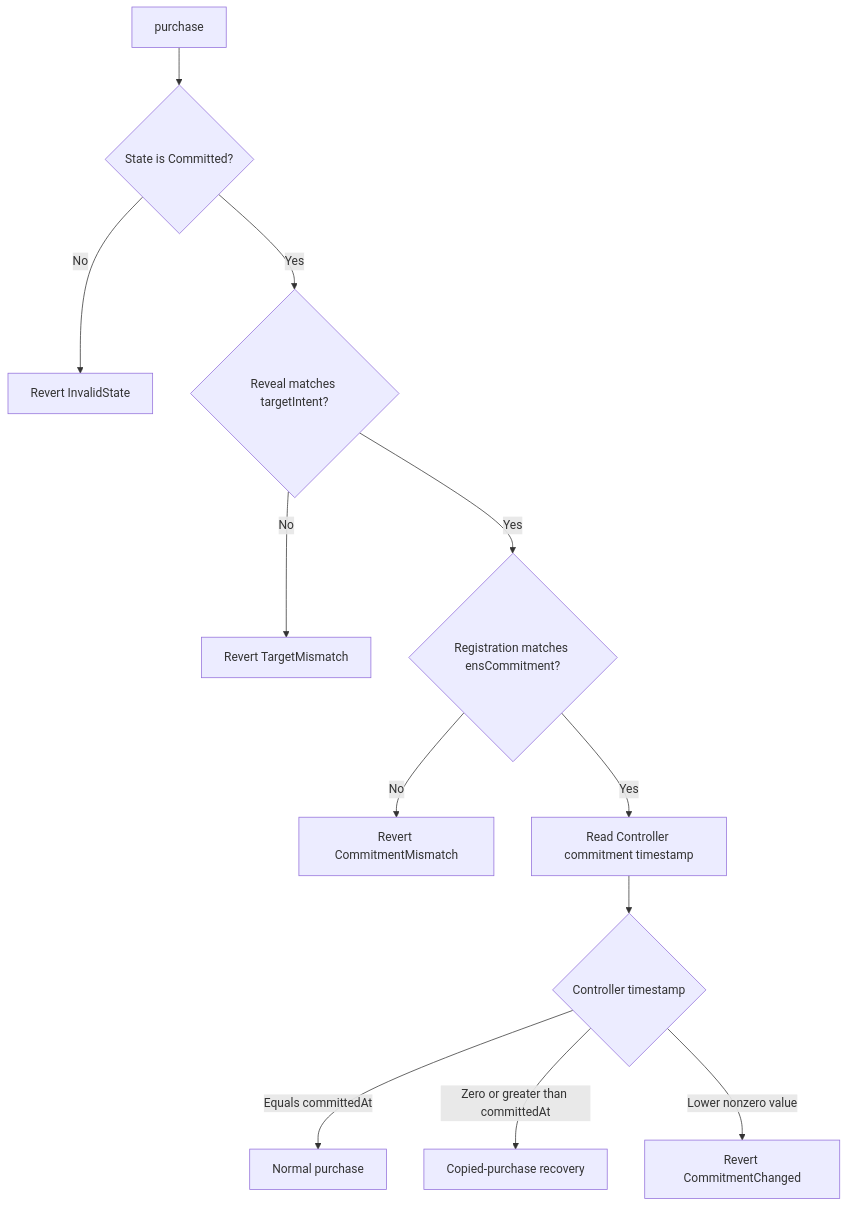
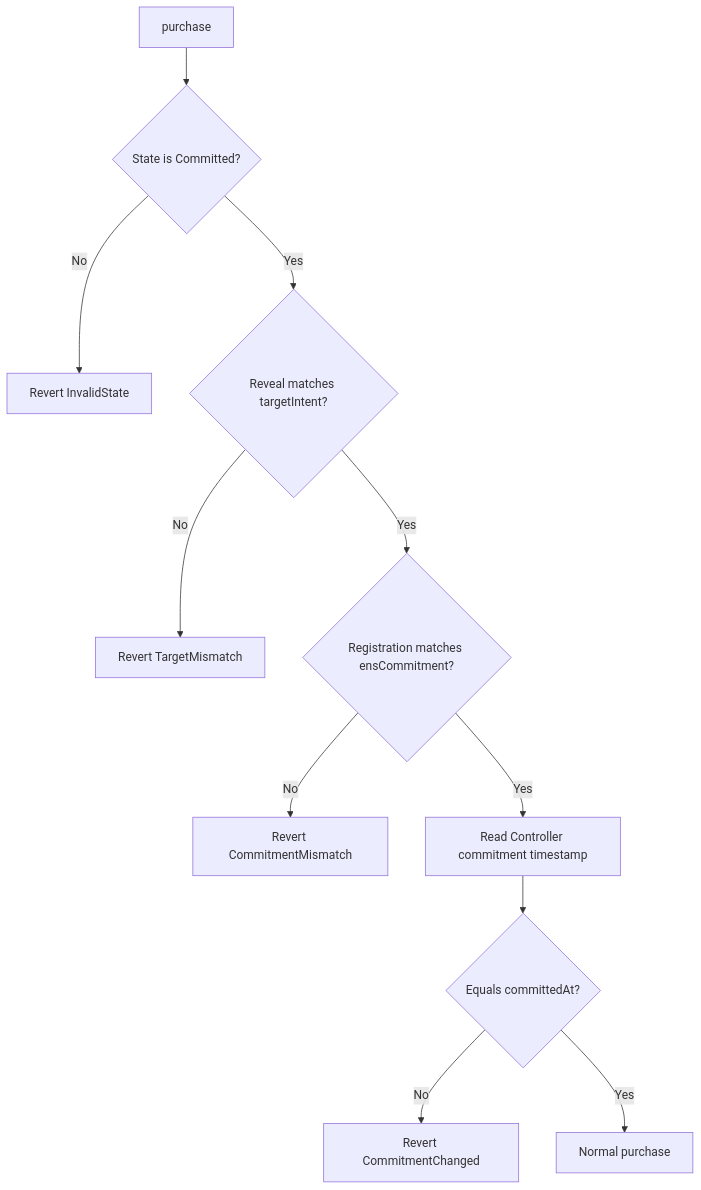
The seventh of 9 diagrams in packages/contracts/ARCHITECTURE.md (thenamespace/ens-diamonds), drawn with Mermaid before and after one commit. The commit also changed other lines of this file and 5 other files, not shown here.

````diff
--- a/packages/contracts/ARCHITECTURE.md
+++ b/packages/contracts/ARCHITECTURE.md
@@ -520,14 +520,13 @@
 ```mermaid
 flowchart TD
     A["purchase"] --> B{"State is Committed?"}
     B -->|"No"| BR["Revert InvalidState"]
     B -->|"Yes"| C{"Reveal matches targetIntent?"}
     C -->|"No"| CR["Revert TargetMismatch"]
     C -->|"Yes"| D{"Registration matches ensCommitment?"}
     D -->|"No"| DR["Revert CommitmentMismatch"]
     D -->|"Yes"| E["Read Controller commitment timestamp"]
-    E --> F{"Controller timestamp"}
-    F -->|"Equals committedAt"| G["Normal purchase"]
-    F -->|"Zero or greater than committedAt"| H["Copied-purchase recovery"]
-    F -->|"Lower nonzero value"| I["Revert CommitmentChanged"]
+    E --> F{"Equals committedAt?"}
+    F -->|"No"| H["Revert CommitmentChanged"]
+    F -->|"Yes"| G["Normal purchase"]
 ```
````
